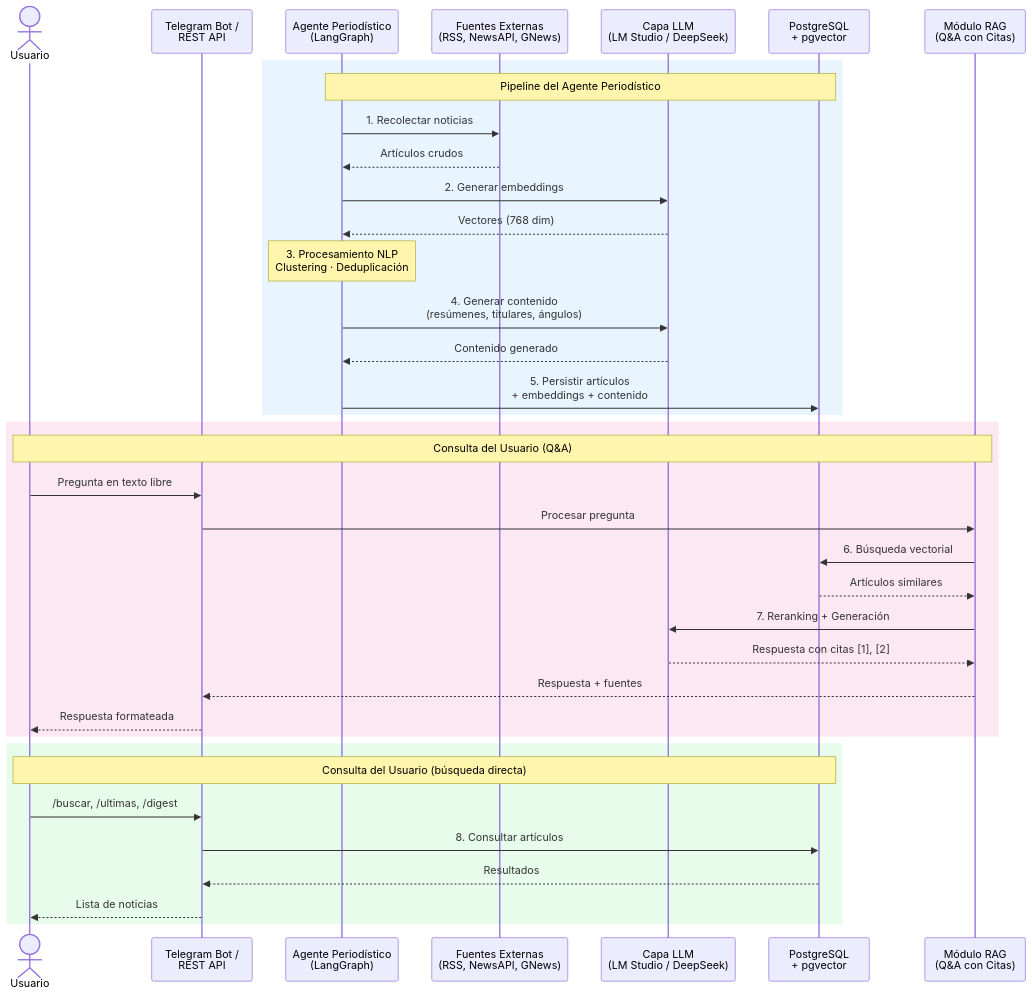
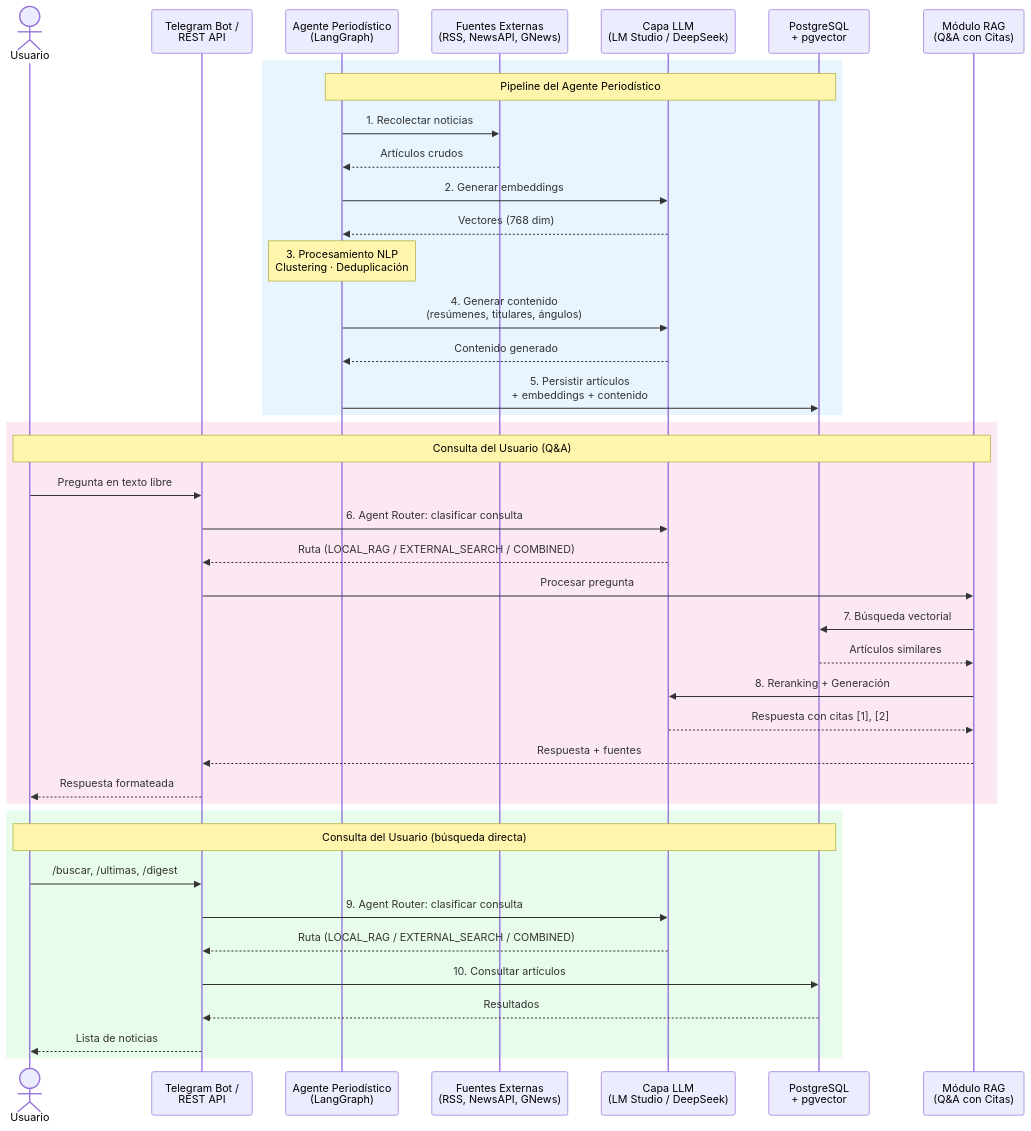
Before and after one commit to danizagra/VIU_TFM_Code: the diagram in docs/sequence_diagram.mmd, drawn with Mermaid. The commit also changed 12 other files, not shown here.

Commit message:
feat: enhance query routing and RAG handling, add new figures for agent router and RAG pipeline, update sequence diagram, and improve news fetching logic

```diff
--- a/docs/sequence_diagram.mmd
+++ b/docs/sequence_diagram.mmd
@@ -1,40 +1,44 @@
 sequenceDiagram
     actor Usuario
     participant Bot as Telegram Bot /<br/>REST API
     participant Agente as Agente Periodístico<br/>(LangGraph)
     participant Fuentes as Fuentes Externas<br/>(RSS, NewsAPI, GNews)
     participant LLM as Capa LLM<br/>(LM Studio / DeepSeek)
     participant DB as PostgreSQL<br/>+ pgvector
     participant RAG as Módulo RAG<br/>(Q&A con Citas)
 
     rect rgb(232, 245, 255)
         Note over Agente,DB: Pipeline del Agente Periodístico
         Agente->>Fuentes: 1. Recolectar noticias
         Fuentes-->>Agente: Artículos crudos
         Agente->>LLM: 2. Generar embeddings
         LLM-->>Agente: Vectores (768 dim)
         Note over Agente: 3. Procesamiento NLP<br/>Clustering · Deduplicación
         Agente->>LLM: 4. Generar contenido<br/>(resúmenes, titulares, ángulos)
         LLM-->>Agente: Contenido generado
         Agente->>DB: 5. Persistir artículos<br/>+ embeddings + contenido
     end
 
     rect rgb(252, 232, 243)
         Note over Usuario,RAG: Consulta del Usuario (Q&A)
         Usuario->>Bot: Pregunta en texto libre
+        Bot->>LLM: 6. Agent Router: clasificar consulta
+        LLM-->>Bot: Ruta (LOCAL_RAG / EXTERNAL_SEARCH / COMBINED)
         Bot->>RAG: Procesar pregunta
-        RAG->>DB: 6. Búsqueda vectorial
+        RAG->>DB: 7. Búsqueda vectorial
         DB-->>RAG: Artículos similares
-        RAG->>LLM: 7. Reranking + Generación
+        RAG->>LLM: 8. Reranking + Generación
         LLM-->>RAG: Respuesta con citas [1], [2]
         RAG-->>Bot: Respuesta + fuentes
         Bot-->>Usuario: Respuesta formateada
     end
 
     rect rgb(232, 252, 235)
         Note over Usuario,DB: Consulta del Usuario (búsqueda directa)
         Usuario->>Bot: /buscar, /ultimas, /digest
-        Bot->>DB: 8. Consultar artículos
+        Bot->>LLM: 9. Agent Router: clasificar consulta
+        LLM-->>Bot: Ruta (LOCAL_RAG / EXTERNAL_SEARCH / COMBINED)
+        Bot->>DB: 10. Consultar artículos
         DB-->>Bot: Resultados
         Bot-->>Usuario: Lista de noticias
     end
```
